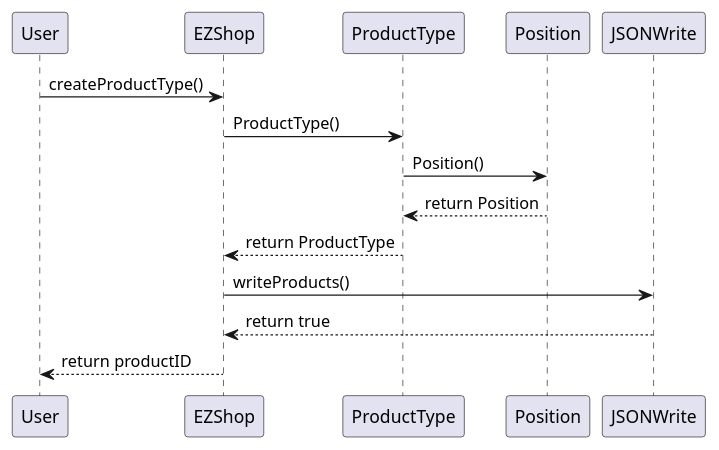
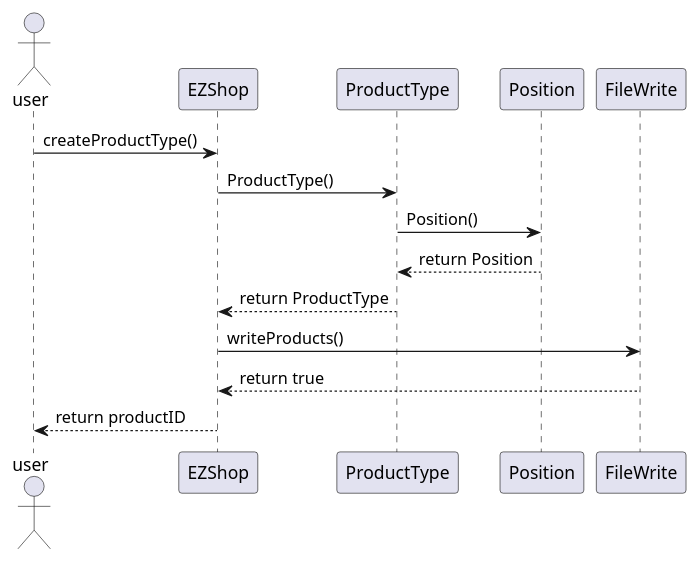
Before and after one commit to giuseppesalvi/ezshop: the third of 28 diagrams in Deliverables/DesignDocument.md, drawn with PlantUML. The commit also changed other lines of this file, not shown here.

Commit message:
Update DesignDocument.md: sequence diagram, class diagram, package diagram

````diff
--- a/Deliverables/DesignDocument.md
+++ b/Deliverables/DesignDocument.md
@@ -270,17 +275,17 @@
 ```plantuml
 @startuml
-participant User
+actor user
 participant EZShop
 participant ProductType
 participant Position
-participant JSONWrite
-User -> EZShop : createProductType()
+participant FileWrite
+user -> EZShop : createProductType()
 EZShop -> ProductType : ProductType()
 ProductType -> Position : Position()
 ProductType <-- Position : return Position
 EZShop <-- ProductType : return ProductType
-EZShop -> JSONWrite : writeProducts()
-EZShop <-- JSONWrite : return true
-User <-- EZShop : return productID
+EZShop -> FileWrite : writeProducts()
+EZShop <-- FileWrite : return true
+user <-- EZShop : return productID
 @enduml
 ```
````
